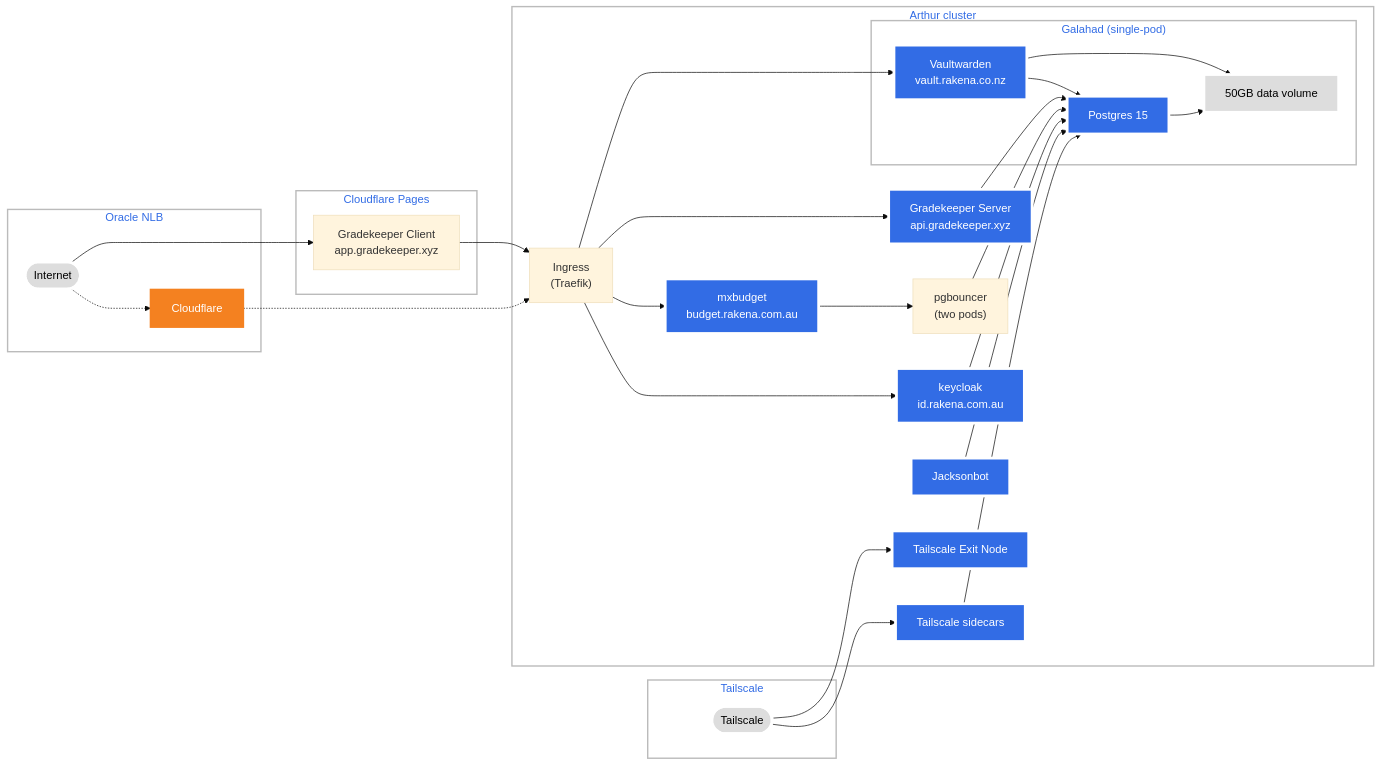
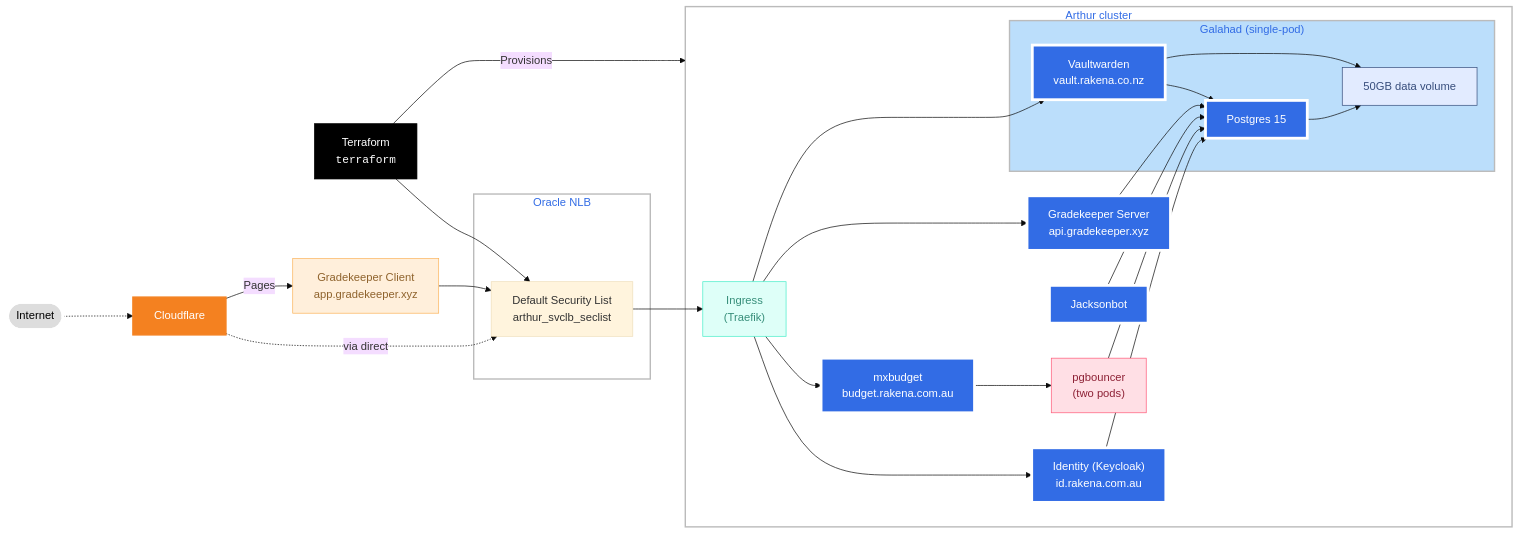
The diagram in README.md (jacksonrakena/infrastructure), drawn with Mermaid (base theme) before and after one commit. The commit also changed other lines of this file and 1 other file, not shown here.

````diff
--- a/README.md
+++ b/README.md
@@ -2,50 +2,60 @@
 ```mermaid
-graph LR;
- client([Internet]);
- subgraph ts[Tailscale];
- ts_devices([Tailscale]);
- end;
- subgraph cf_tls[Oracle NLB];
- client-..->cf[Cloudflare];
- end;
- subgraph vercel[Cloudflare Pages];
- client-->gk_frontend[Gradekeeper Client<br/>app.gradekeeper.xyz]
- end;
- gk_frontend-->ingress;
- cf-..->ingress["Ingress<br>(Traefik)"];
- subgraph cluster[Arthur cluster]
-  tailscale_exitnode[Tailscale Exit Node]
- tailscale_sidecar[Tailscale sidecars];
-  ts_devices-->tailscale_sidecar;
-  ts_devices-->tailscale_exitnode;
- ingress-->identity;
- ingress-->mxbudget;
- pgbouncer["pgbouncer<br/>(two pods)"]-->pg;
- mxbudget["mxbudget<br/>budget.rakena.com.au"]-->pgbouncer;
- identity["keycloak<br/>id.rakena.com.au"]-->pg;
- tailscale_sidecar-->pg;
- ingress;
- ingress-->gk["Gradekeeper Server<br/>api.gradekeeper.xyz"];
- ingress-->vw["Vaultwarden<br/>vault.rakena.co.nz"];
- jb["Jacksonbot"];
- jb-->pg;
+flowchart LR
+ subgraph cf_tls["Oracle NLB"]
+        vsec["Default Security List<br>arthur_svclb_seclist"]
+  end
  subgraph galahad["Galahad (single-pod)"]
- vw;
- pg[Postgres 15];
- vw-->pg;
- agd[50GB data volume];
- vw-->agd;
- pg-->agd;
- end
- gk-->pg;
- end
- classDef plain fill:#ddd,stroke:#fff,stroke-width:4px,color:#000;
- classDef k8s fill:#326ce5,stroke:#fff,stroke-width:4px,color:#fff;
- classDef cluster fill:#fff,stroke:#bbb,stroke-width:2px,color:#326ce5;
- classDef cloudflare fill:#F48120,stroke:#F48120,stroke-width:2px,color:white;
- class jb,identity,mxbudget,tailscale_sidecar,tailscale_exitnode,mc,gitea,jb_onepod,service,pod1,pod2,gk,sa,vw,pg,gk_twopods,sa_twopods k8s;
- class client,ts_devices plain;
- class agd,gdv plain;
- class cf cloudflare;
- class cluster cluster;
+        vw["Vaultwarden<br>vault.rakena.co.nz"]
+        pg["Postgres 15"]
+        agd["50GB data volume"]
+  end
+ subgraph cluster["Arthur cluster"]
+        identity["Identity (Keycloak)<br>id.rakena.com.au"]
+        ingress["Ingress<br>(Traefik)"]
+        mxbudget["mxbudget<br>budget.rakena.com.au"]
+        pgbouncer["pgbouncer<br>(two pods)"]
+        gk["Gradekeeper Server<br>api.gradekeeper.xyz"]
+        jb["Jacksonbot"]
+        galahad
+  end
+    client(["Internet"]) -..-> cf["Cloudflare"]
+    tfx["Terraform<br><code>terraform</code>"] -- Provisions --> cluster
+    tfx --> vsec
+    gk_frontend["Gradekeeper Client<br>app.gradekeeper.xyz"] --> vsec
+    cf -. via direct ..-> vsec
+    vsec --> ingress
+    ingress --> identity & mxbudget & gk & vw
+    pgbouncer --> pg
+    mxbudget --> pgbouncer
+    identity --> pg
+    jb --> pg
+    vw --> pg & agd
+    pg --> agd
+    gk --> pg
+    cf -- Pages --> gk_frontend
+     vw:::k8s
+     pg:::k8s
+     agd:::plain
+     agd:::Sky
+     identity:::k8s
+     ingress:::Aqua
+     mxbudget:::k8s
+     pgbouncer:::Rose
+     gk:::k8s
+     jb:::k8s
+     client:::plain
+     cf:::cloudflare
+     tfx:::Class_01
+     cluster:::cluster
+     gk_frontend:::Peach
+    classDef plain fill:#ddd,stroke:#fff,stroke-width:4px,color:#000
+    classDef k8s fill:#326ce5,stroke:#fff,stroke-width:4px,color:#fff
+    classDef cluster fill:#fff,stroke:#bbb,stroke-width:2px,color:#326ce5
+    classDef cloudflare fill:#F48120,stroke:#F48120,stroke-width:2px,color:white
+    classDef Class_01 fill:#000000, color:#fff, stroke:#000000
+    classDef Sky stroke-width:1px, stroke-dasharray:none, stroke:#374D7C, fill:#E2EBFF, color:#374D7C
+    classDef Peach stroke-width:1px, stroke-dasharray:none, stroke:#FBB35A, fill:#FFEFDB, color:#8F632D
+    classDef Aqua stroke-width:1px, stroke-dasharray:none, stroke:#46EDC8, fill:#DEFFF8, color:#378E7A
+    classDef Rose stroke-width:1px, stroke-dasharray:none, stroke:#FF5978, fill:#FFDFE5, color:#8E2236
+    style galahad fill:#BBDEFB
 ```
````
